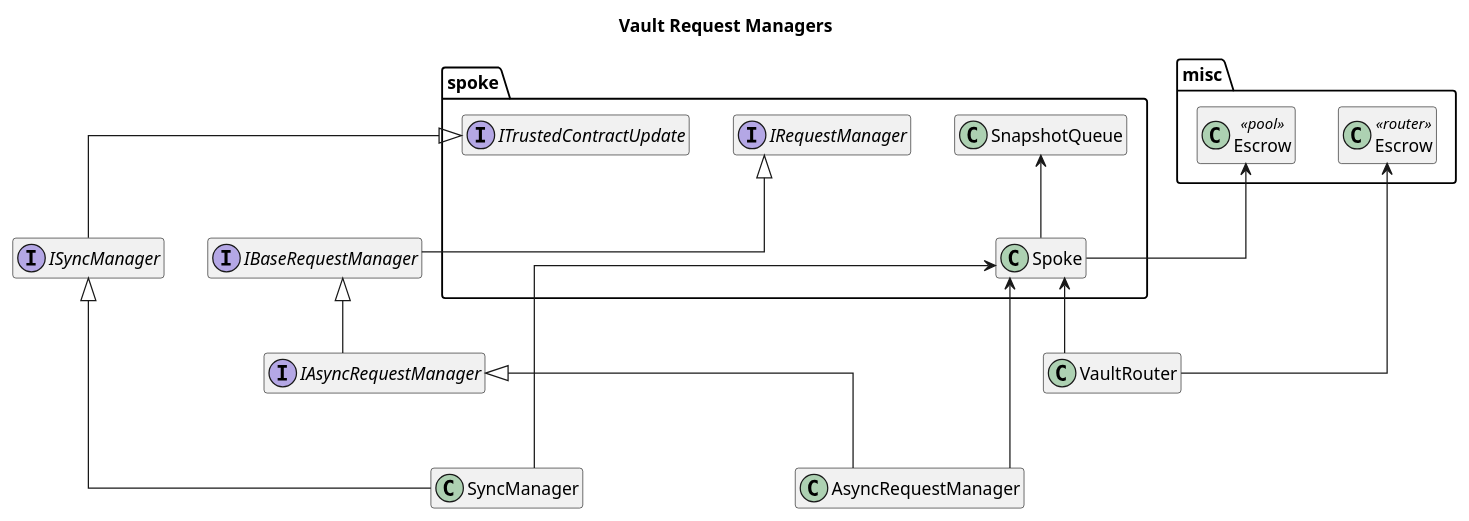
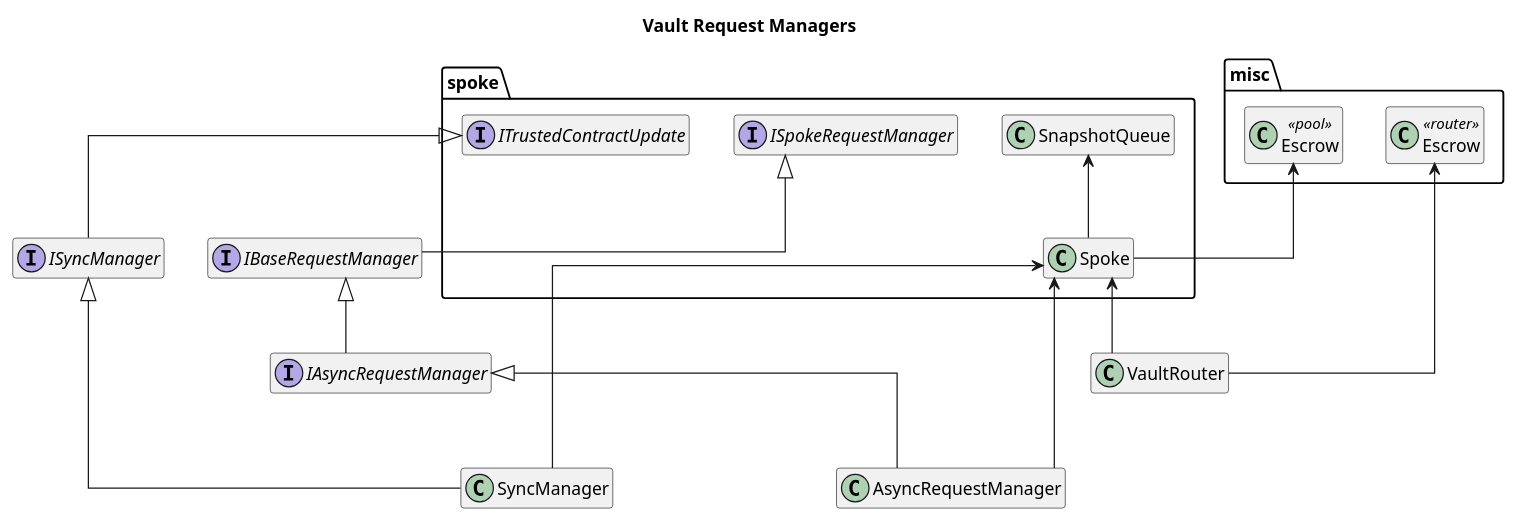
The diagram in docs/architecture/vaults/request-managers.puml (centrifuge/protocol), drawn with PlantUML before and after one commit. The commit also changed 66 other files, not shown here.

```diff
--- a/docs/architecture/vaults/request-managers.puml
+++ b/docs/architecture/vaults/request-managers.puml
@@ -1,39 +1,39 @@
 @startuml request-managers
 title Vault Request Managers
 hide empty members
 
 skinparam linetype ortho
 
 package misc {
     class "Escrow" as PoolEscrow<<pool>>
     class "Escrow" as RouterEscrow<<router>>
 }
 
 package spoke {
     class Spoke
     class SnapshotQueue
-    interface IRequestManager
+    interface ISpokeRequestManager
     interface ITrustedContractUpdate
 }
 
 interface IBaseRequestManager
 interface IAsyncRequestManager
 interface ISyncManager
 
-IBaseRequestManager -up-|> IRequestManager
+IBaseRequestManager -up-|> ISpokeRequestManager
 
 IAsyncRequestManager -up-|> IBaseRequestManager
 ISyncManager -up-|> ITrustedContractUpdate
 
 AsyncRequestManager -up-> Spoke
 AsyncRequestManager -up-|> IAsyncRequestManager
 Spoke -up-> PoolEscrow
 Spoke -up-> SnapshotQueue
 
 SyncManager -up-|> ISyncManager
 SyncManager -up--> Spoke
 
 VaultRouter -up-> RouterEscrow
 VaultRouter -up-> Spoke
 
 @enduml
```
